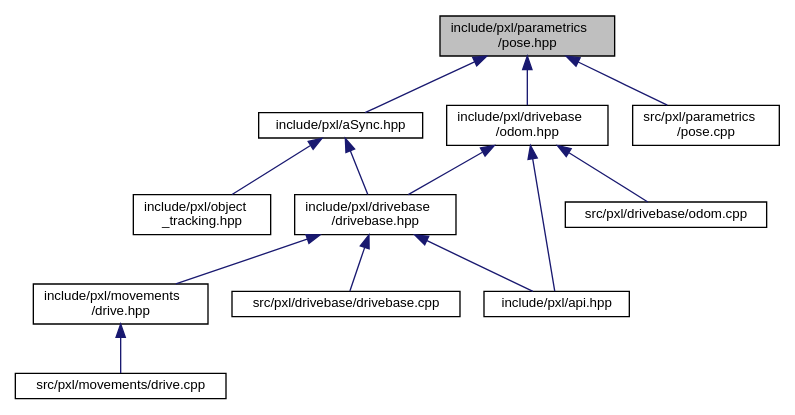
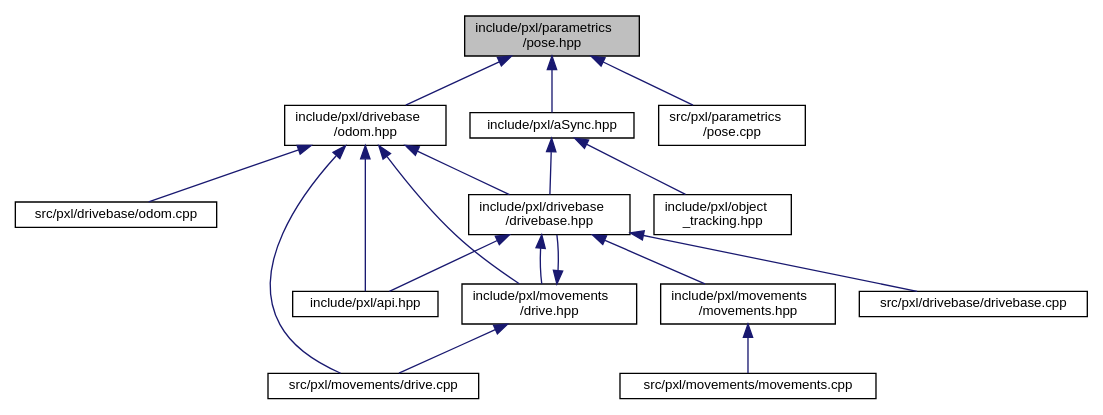
Before and after one commit to Pixel-Lib/Pixel: the diagram in pose_8hpp__dep__incl.dot, drawn with Graphviz. The commit also changed 171 other files, not shown here.

```diff
--- a/pose_8hpp__dep__incl.dot
+++ b/pose_8hpp__dep__incl.dot
@@ -1,29 +1,36 @@
 digraph "include/pxl/parametrics/pose.hpp"
 {
  // LATEX_PDF_SIZE
   edge [fontname="Helvetica",fontsize="10",labelfontname="Helvetica",labelfontsize="10"];
   node [fontname="Helvetica",fontsize="10",shape=record];
   Node1 [label="include/pxl/parametrics\l/pose.hpp",height=0.2,width=0.4,color="black", fillcolor="grey75", style="filled", fontcolor="black",tooltip=" "];
   Node1 -> Node2 [dir="back",color="midnightblue",fontsize="10",style="solid",fontname="Helvetica"];
   Node2 [label="include/pxl/aSync.hpp",height=0.2,width=0.4,color="black", fillcolor="white", style="filled",URL="$aSync_8hpp.html",tooltip=" "];
   Node2 -> Node3 [dir="back",color="midnightblue",fontsize="10",style="solid",fontname="Helvetica"];
   Node3 [label="include/pxl/drivebase\l/drivebase.hpp",height=0.2,width=0.4,color="black", fillcolor="white", style="filled",URL="$drivebase_8hpp.html",tooltip=" "];
   Node3 -> Node4 [dir="back",color="midnightblue",fontsize="10",style="solid",fontname="Helvetica"];
   Node4 [label="include/pxl/api.hpp",height=0.2,width=0.4,color="black", fillcolor="white", style="filled",URL="$api_8hpp.html",tooltip=" "];
   Node3 -> Node5 [dir="back",color="midnightblue",fontsize="10",style="solid",fontname="Helvetica"];
   Node5 [label="include/pxl/movements\l/drive.hpp",height=0.2,width=0.4,color="black", fillcolor="white", style="filled",URL="$drive_8hpp.html",tooltip=" "];
+  Node5 -> Node3 [dir="back",color="midnightblue",fontsize="10",style="solid",fontname="Helvetica"];
   Node5 -> Node6 [dir="back",color="midnightblue",fontsize="10",style="solid",fontname="Helvetica"];
   Node6 [label="src/pxl/movements/drive.cpp",height=0.2,width=0.4,color="black", fillcolor="white", style="filled",URL="$drive_8cpp.html",tooltip=" "];
   Node3 -> Node7 [dir="back",color="midnightblue",fontsize="10",style="solid",fontname="Helvetica"];
-  Node7 [label="src/pxl/drivebase/drivebase.cpp",height=0.2,width=0.4,color="black", fillcolor="white", style="filled",URL="$drivebase_8cpp.html",tooltip=" "];
-  Node2 -> Node8 [dir="back",color="midnightblue",fontsize="10",style="solid",fontname="Helvetica"];
-  Node8 [label="include/pxl/object\l_tracking.hpp",height=0.2,width=0.4,color="black", fillcolor="white", style="filled",URL="$object__tracking_8hpp.html",tooltip=" "];
-  Node1 -> Node9 [dir="back",color="midnightblue",fontsize="10",style="solid",fontname="Helvetica"];
-  Node9 [label="include/pxl/drivebase\l/odom.hpp",height=0.2,width=0.4,color="black", fillcolor="white", style="filled",URL="$odom_8hpp.html",tooltip=" "];
-  Node9 -> Node4 [dir="back",color="midnightblue",fontsize="10",style="solid",fontname="Helvetica"];
-  Node9 -> Node3 [dir="back",color="midnightblue",fontsize="10",style="solid",fontname="Helvetica"];
-  Node9 -> Node10 [dir="back",color="midnightblue",fontsize="10",style="solid",fontname="Helvetica"];
-  Node10 [label="src/pxl/drivebase/odom.cpp",height=0.2,width=0.4,color="black", fillcolor="white", style="filled",URL="$odom_8cpp.html",tooltip=" "];
+  Node7 [label="include/pxl/movements\l/movements.hpp",height=0.2,width=0.4,color="black", fillcolor="white", style="filled",URL="$movements_8hpp.html",tooltip=" "];
+  Node7 -> Node8 [dir="back",color="midnightblue",fontsize="10",style="solid",fontname="Helvetica"];
+  Node8 [label="src/pxl/movements/movements.cpp",height=0.2,width=0.4,color="black", fillcolor="white", style="filled",URL="$movements_8cpp.html",tooltip=" "];
+  Node3 -> Node9 [dir="back",color="midnightblue",fontsize="10",style="solid",fontname="Helvetica"];
+  Node9 [label="src/pxl/drivebase/drivebase.cpp",height=0.2,width=0.4,color="black", fillcolor="white", style="filled",URL="$drivebase_8cpp.html",tooltip=" "];
+  Node2 -> Node10 [dir="back",color="midnightblue",fontsize="10",style="solid",fontname="Helvetica"];
+  Node10 [label="include/pxl/object\l_tracking.hpp",height=0.2,width=0.4,color="black", fillcolor="white", style="filled",URL="$object__tracking_8hpp.html",tooltip=" "];
   Node1 -> Node11 [dir="back",color="midnightblue",fontsize="10",style="solid",fontname="Helvetica"];
-  Node11 [label="src/pxl/parametrics\l/pose.cpp",height=0.2,width=0.4,color="black", fillcolor="white", style="filled",URL="$pose_8cpp.html",tooltip=" "];
+  Node11 [label="include/pxl/drivebase\l/odom.hpp",height=0.2,width=0.4,color="black", fillcolor="white", style="filled",URL="$odom_8hpp.html",tooltip=" "];
+  Node11 -> Node4 [dir="back",color="midnightblue",fontsize="10",style="solid",fontname="Helvetica"];
+  Node11 -> Node3 [dir="back",color="midnightblue",fontsize="10",style="solid",fontname="Helvetica"];
+  Node11 -> Node5 [dir="back",color="midnightblue",fontsize="10",style="solid",fontname="Helvetica"];
+  Node11 -> Node12 [dir="back",color="midnightblue",fontsize="10",style="solid",fontname="Helvetica"];
+  Node12 [label="src/pxl/drivebase/odom.cpp",height=0.2,width=0.4,color="black", fillcolor="white", style="filled",URL="$odom_8cpp.html",tooltip=" "];
+  Node11 -> Node6 [dir="back",color="midnightblue",fontsize="10",style="solid",fontname="Helvetica"];
+  Node1 -> Node13 [dir="back",color="midnightblue",fontsize="10",style="solid",fontname="Helvetica"];
+  Node13 [label="src/pxl/parametrics\l/pose.cpp",height=0.2,width=0.4,color="black", fillcolor="white", style="filled",URL="$pose_8cpp.html",tooltip=" "];
 }
```
